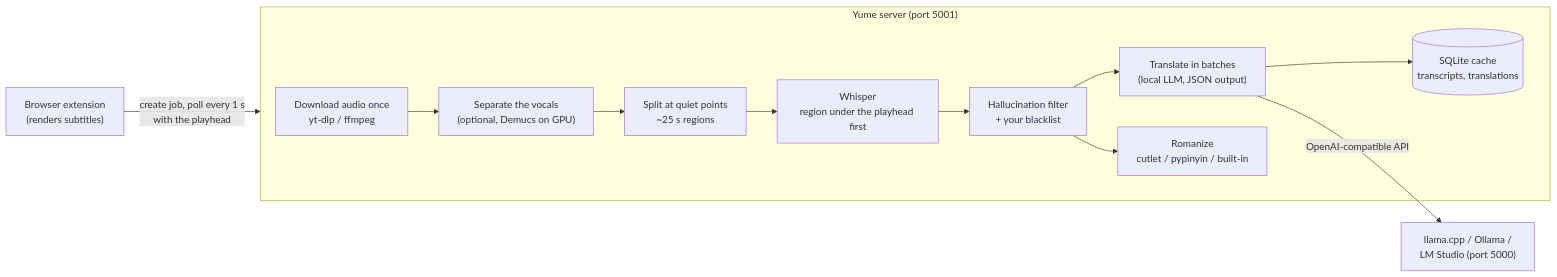
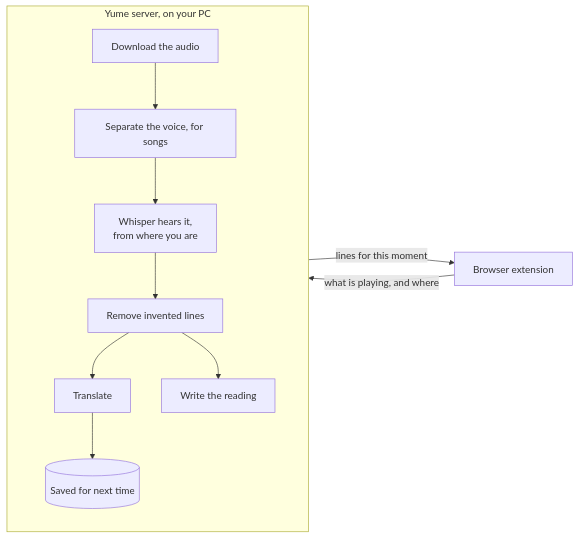
The diagram in README.md (jenox645/Yume), drawn with Mermaid before and after one commit. The commit also changed other lines of this file and 45 other files, not shown here.

First line of the commit message:
feat: the redesign, and songs keep their lines (#72)

````diff
--- a/README.md
+++ b/README.md
@@ -89,14 +133,13 @@
 ```mermaid
 graph LR
-    EXT["Browser extension<br/>(renders subtitles)"] -- "create job, poll every 1 s<br/>with the playhead" --> SRV
-    subgraph SRV ["Yume server (port 5001)"]
-        DL["Download audio once<br/>yt-dlp / ffmpeg"] --> SEP["Separate the vocals<br/>(optional, Demucs on GPU)"]
-        SEP --> RG["Split at quiet points<br/>~25 s regions"]
-        RG --> WH["Whisper<br/>region under the playhead first"]
-        WH --> FL["Hallucination filter<br/>+ your blacklist"]
-        FL --> TR["Translate in batches<br/>(local LLM, JSON output)"]
-        FL --> RO["Romanize<br/>cutlet / pypinyin / built-in"]
-        TR --> DB[("SQLite cache<br/>transcripts, translations")]
+    EXT["Browser extension"] -- "what is playing, and where" --> SRV
+    subgraph SRV ["Yume server, on your PC"]
+        DL["Download the audio"] --> SEP["Separate the voice, for songs"]
+        SEP --> WH["Whisper hears it,<br/>from where you are"]
+        WH --> FL["Remove invented lines"]
+        FL --> TR["Translate"]
+        FL --> RO["Write the reading"]
+        TR --> DB[("Saved for next time")]
     end
-    TR -- "OpenAI-compatible API" --> LLM["llama.cpp / Ollama /<br/>LM Studio (port 5000)"]
+    SRV -- "lines for this moment" --> EXT
 ```
````
